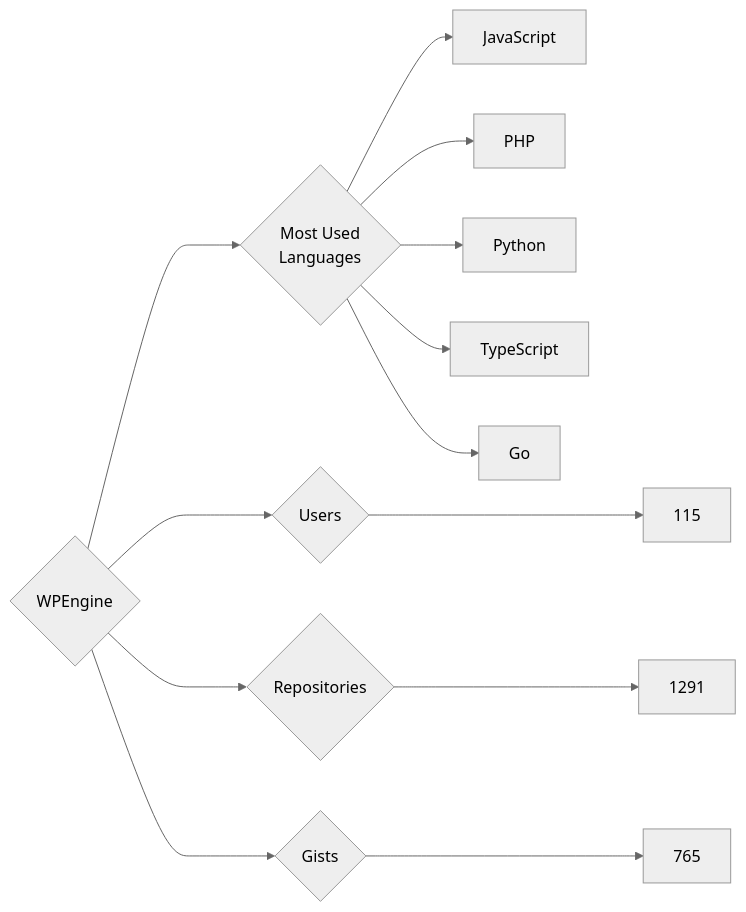
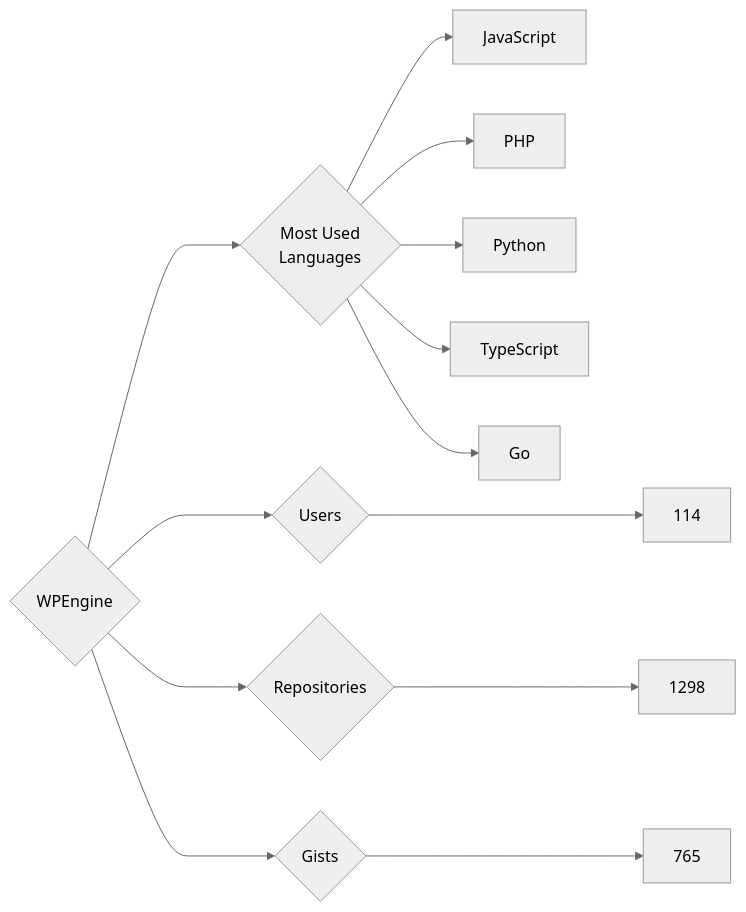
One commit to trickest/insiders changed the diagram in targets/WPEngine/README.md. Above: the diagram before and after it, drawn with Mermaid (neutral theme). The commit also changed 770 other files, not shown here.

````diff
--- a/targets/WPEngine/README.md
+++ b/targets/WPEngine/README.md
@@ -3,13 +3,13 @@
 ```mermaid
 graph LR
 COMPANY_NAME{WPEngine}
-COMPANY_NAME ---> U{Users} ---> UN[115]
-COMPANY_NAME ---> R{Repositories} ---> RN[1291]
+COMPANY_NAME ---> U{Users} ---> UN[114]
+COMPANY_NAME ---> R{Repositories} ---> RN[1298]
 COMPANY_NAME ---> G{Gists} ---> GN[765]
 COMPANY_NAME ---> ML{Most Used<br>Languages}
 ML --> JavaScript[JavaScript]
 ML --> PHP[PHP]
 ML --> Python[Python]
 ML --> TypeScript[TypeScript]
 ML --> Go[Go]
 ```
````
